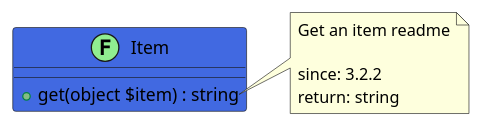
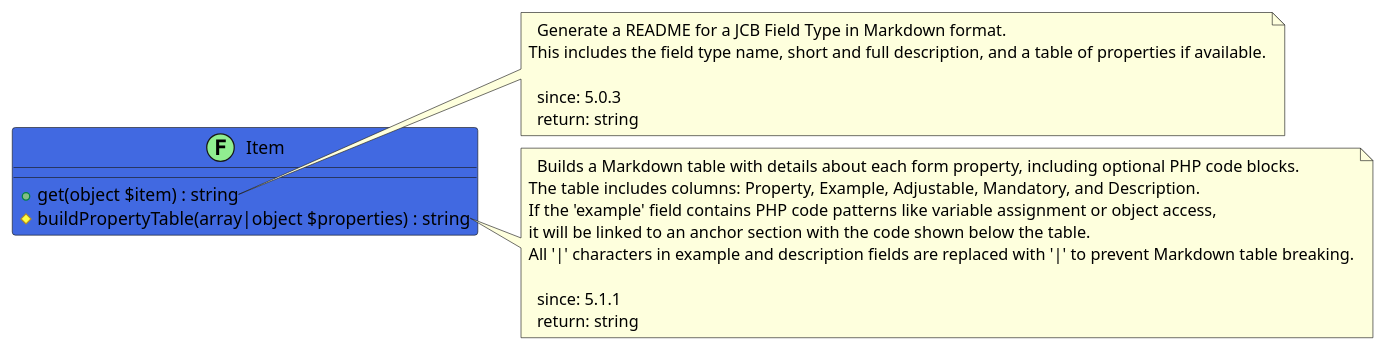
Before and after one commit to joomengine/jcb-compiler: the diagram in src/35d9a31b-2b5d-4cbb-9763-299cacc76128/README.md, drawn with PlantUML. The commit also changed other lines of this file and 585 other files, not shown here.

````diff
--- a/src/35d9a31b-2b5d-4cbb-9763-299cacc76128/README.md
+++ b/src/35d9a31b-2b5d-4cbb-9763-299cacc76128/README.md
@@ -12,15 +5,29 @@
 ```uml
 @startuml
+
 class Item << (F,LightGreen) >> #RoyalBlue {
   + get(object $item) : string
+  # buildPropertyTable(array|object $properties) : string
 }
 
 note right of Item::get
-  Get an item readme
+  Generate a README for a JCB Field Type in Markdown format.
+This includes the field type name, short and full description, and a table of properties if available.
 
-  since: 3.2.2
+  since: 5.0.3
   return: string
 end note
- 
+
+note right of Item::buildPropertyTable
+  Builds a Markdown table with details about each form property, including optional PHP code blocks.
+The table includes columns: Property, Example, Adjustable, Mandatory, and Description.
+If the 'example' field contains PHP code patterns like variable assignment or object access,
+it will be linked to an anchor section with the code shown below the table.
+All '|' characters in example and description fields are replaced with '&#124;' to prevent Markdown table breaking.
+
+  since: 5.1.1
+  return: string
+end note
+
 @enduml
 ```
````
